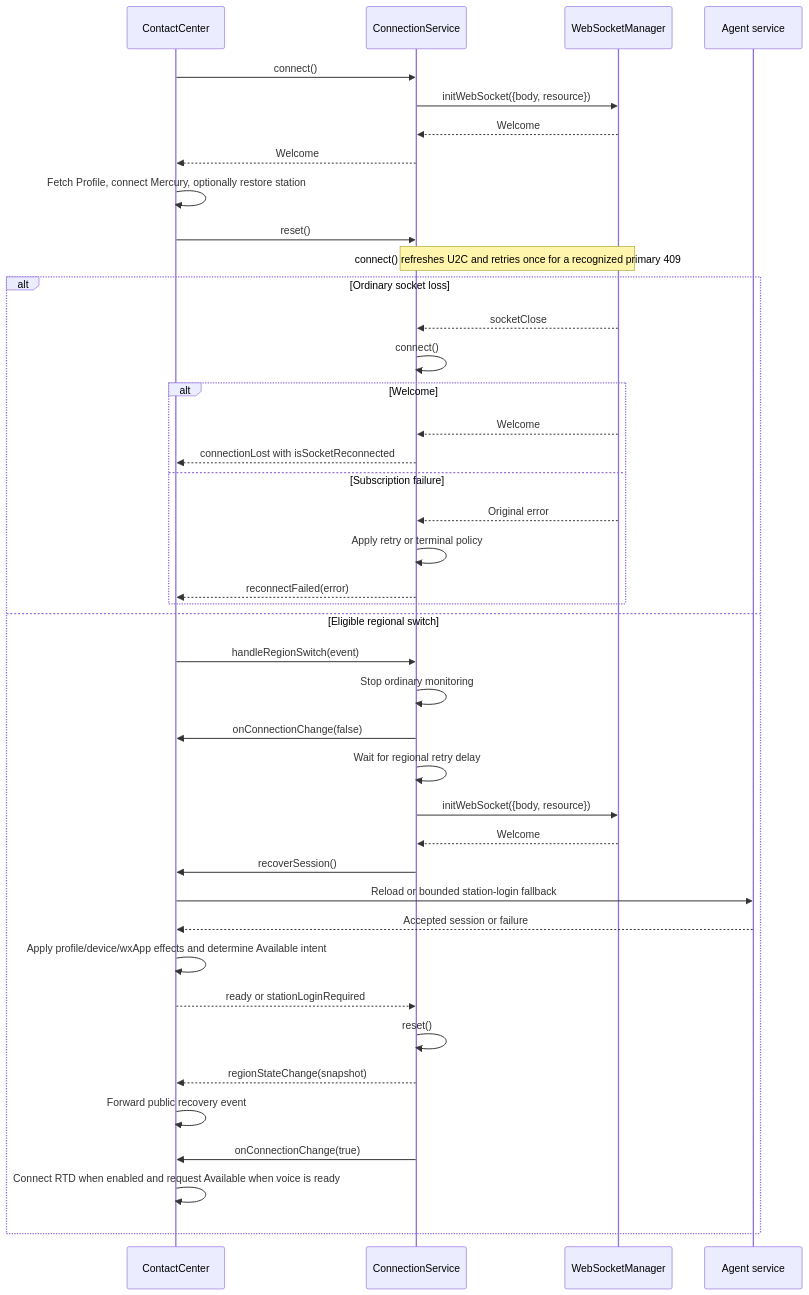
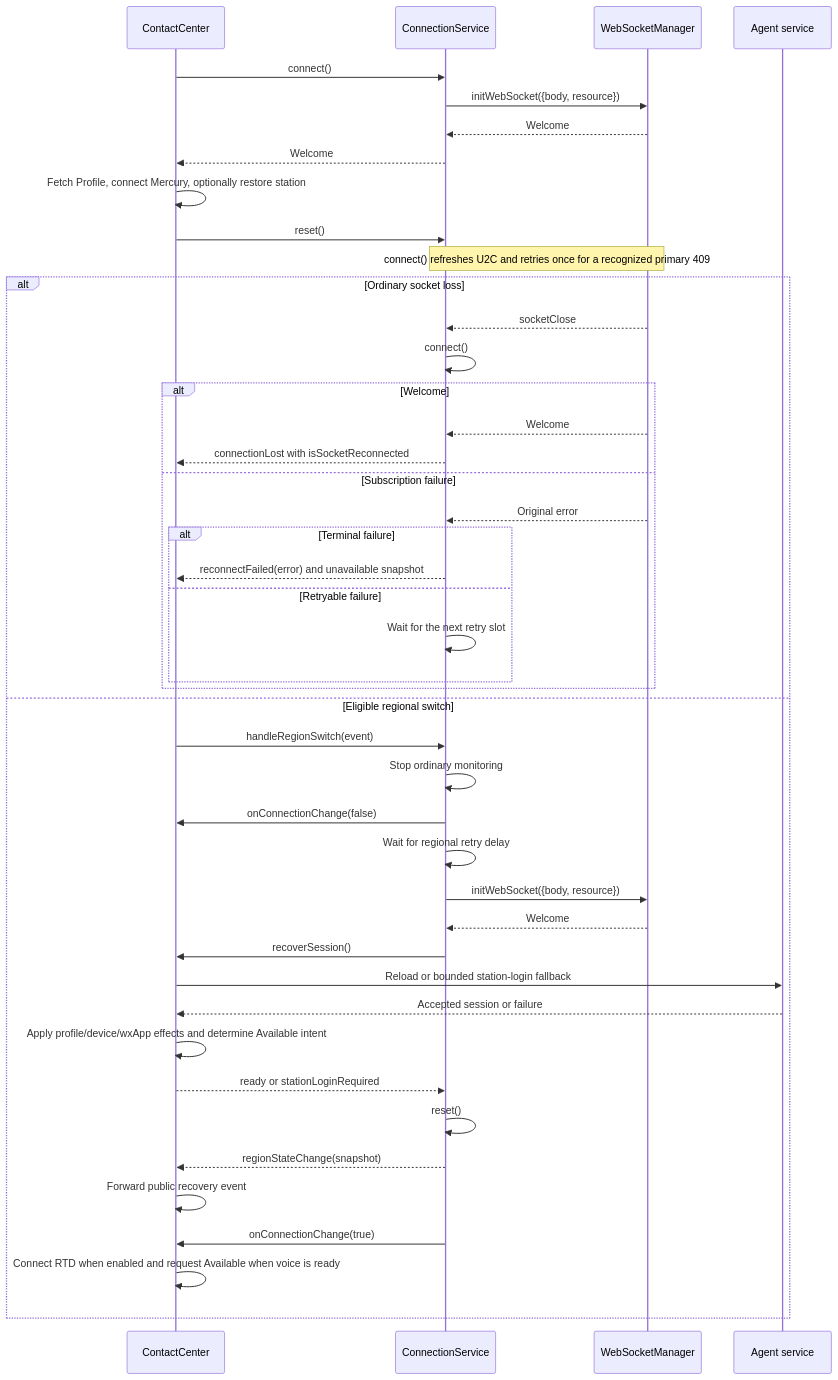
One commit to webex/webex-js-sdk changed the fourth of 7 diagrams in packages/@webex/contact-center/src/services/core/docs/README.md. Above: the diagram before and after it, drawn with Mermaid. The commit also changed other lines of this file and 6 other files, not shown here.

````diff
--- a/packages/@webex/contact-center/src/services/core/docs/README.md
+++ b/packages/@webex/contact-center/src/services/core/docs/README.md
@@ -430,43 +430,46 @@
 ```mermaid
 sequenceDiagram
   participant CC as ContactCenter
   participant CS as ConnectionService
   participant WS as WebSocketManager
   participant Agent as Agent service
   CC->>CS: connect()
   CS->>WS: initWebSocket({body, resource})
   WS-->>CS: Welcome
   CS-->>CC: Welcome
   CC->>CC: Fetch Profile, connect Mercury, optionally restore station
   CC->>CS: reset()
   Note over CS,WS: connect() refreshes U2C and retries once for a recognized primary 409
   alt Ordinary socket loss
     WS-->>CS: socketClose
     CS->>CS: connect()
     alt Welcome
       WS-->>CS: Welcome
       CS-->>CC: connectionLost with isSocketReconnected
     else Subscription failure
       WS-->>CS: Original error
-      CS->>CS: Apply retry or terminal policy
-      CS-->>CC: reconnectFailed(error)
+      alt Terminal failure
+        CS-->>CC: reconnectFailed(error) and unavailable snapshot
+      else Retryable failure
+        CS->>CS: Wait for the next retry slot
+      end
     end
   else Eligible regional switch
     CC->>CS: handleRegionSwitch(event)
     CS->>CS: Stop ordinary monitoring
     CS->>CC: onConnectionChange(false)
     CS->>CS: Wait for regional retry delay
     CS->>WS: initWebSocket({body, resource})
     WS-->>CS: Welcome
     CS->>CC: recoverSession()
     CC->>Agent: Reload or bounded station-login fallback
     Agent-->>CC: Accepted session or failure
     CC->>CC: Apply profile/device/wxApp effects and determine Available intent
     CC-->>CS: ready or stationLoginRequired
     CS->>CS: reset()
     CS-->>CC: regionStateChange(snapshot)
     CC->>CC: Forward public recovery event
     CS->>CC: onConnectionChange(true)
     CC->>CC: Connect RTD when enabled and request Available when voice is ready
   end
 ```
````
